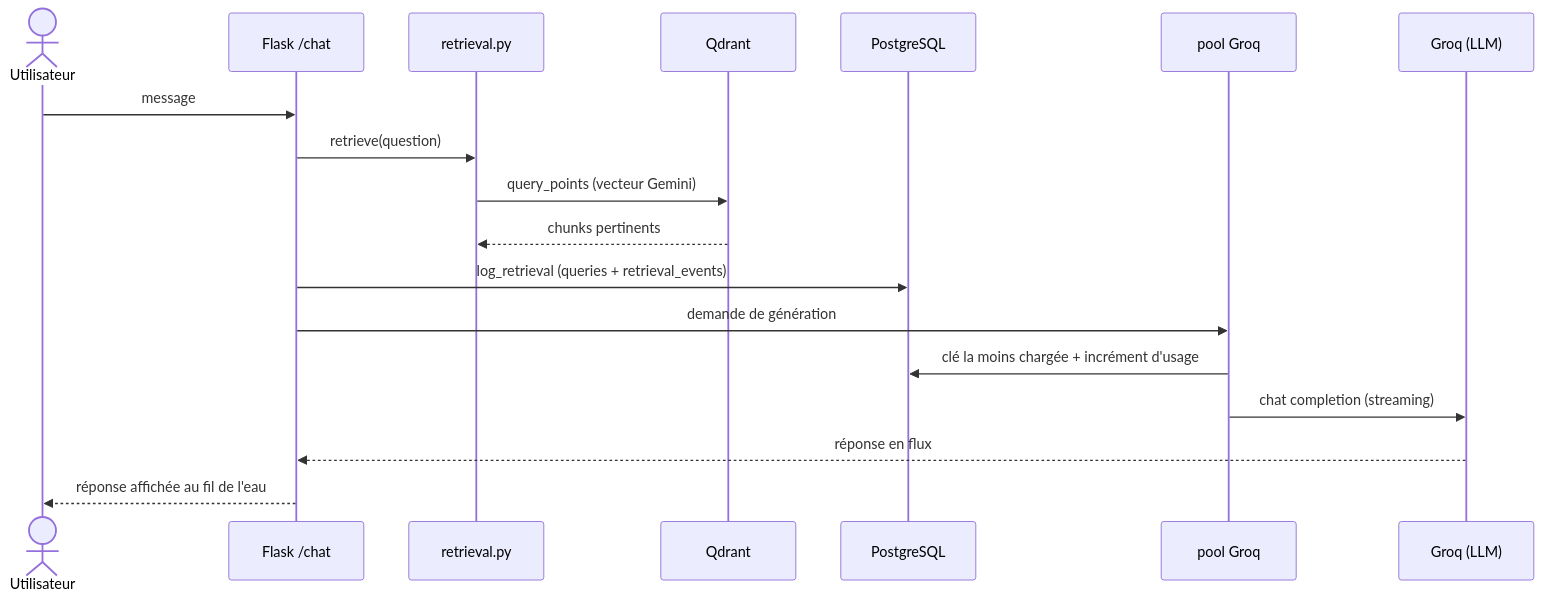
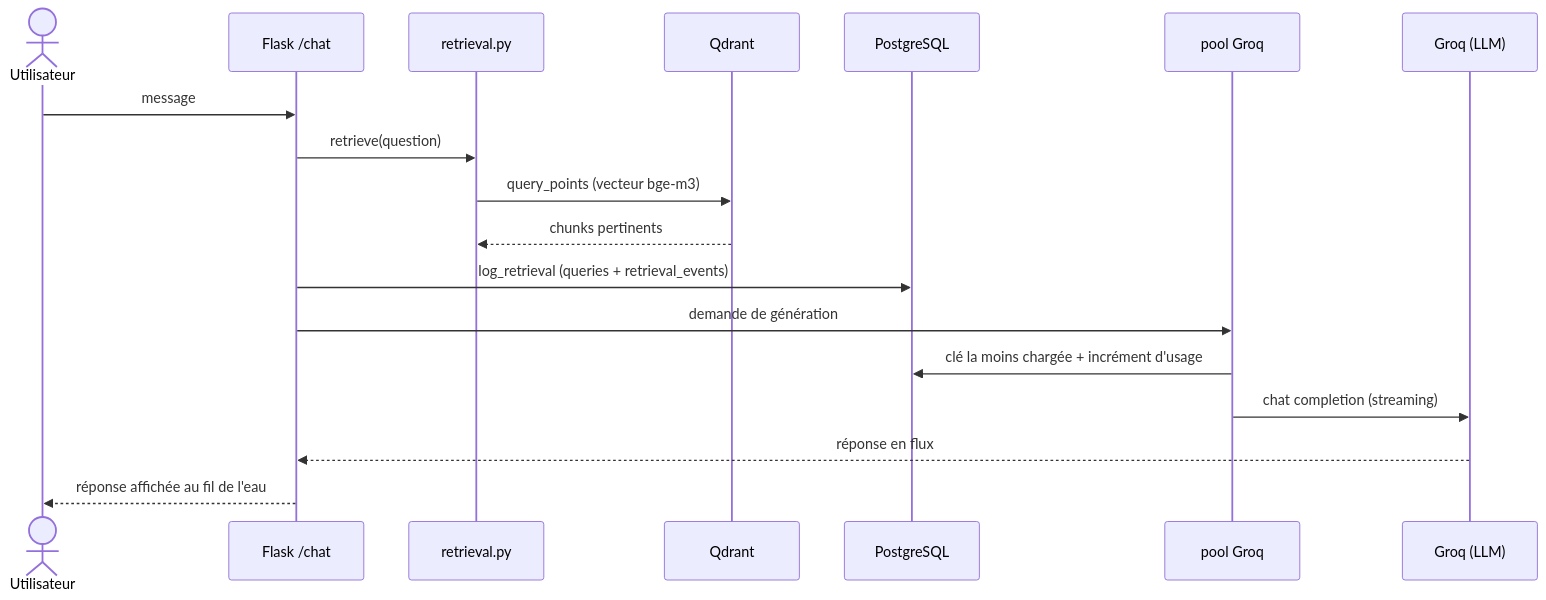
Before and after one commit to KioshiEagle/tngpt: the second of 4 diagrams in docs/architecture.md, drawn with Mermaid. The commit also changed other lines of this file and 2 other files, not shown here.

Commit message:
Mise à jour de la documentation : remplacement des références à Gemini par Cloudflare Workers AI pour les embeddings, ajout des variables d'environnement nécessaires.

````diff
--- a/docs/architecture.md
+++ b/docs/architecture.md
@@ -89,21 +89,21 @@
 ```mermaid
 sequenceDiagram
     actor U as Utilisateur
     participant F as Flask /chat
     participant R as retrieval.py
     participant Q as Qdrant
     participant P as PostgreSQL
     participant G as pool Groq
     participant L as Groq (LLM)
 
     U->>F: message
     F->>R: retrieve(question)
-    R->>Q: query_points (vecteur Gemini)
+    R->>Q: query_points (vecteur bge-m3)
     Q-->>R: chunks pertinents
     F->>P: log_retrieval (queries + retrieval_events)
     F->>G: demande de génération
     G->>P: clé la moins chargée + incrément d'usage
     G->>L: chat completion (streaming)
     L-->>F: réponse en flux
     F-->>U: réponse affichée au fil de l'eau
 ```
````
